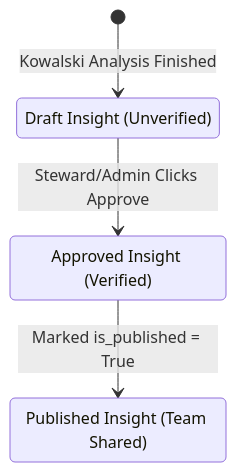
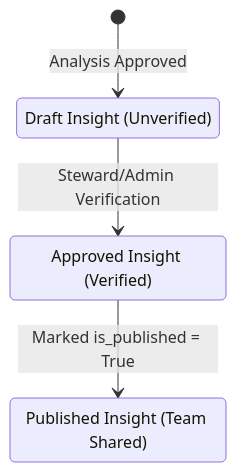
The diagram in docs-site/docs/insights.md (852-Lab/jimwurst), drawn with Mermaid before and after one commit. The commit also changed other lines of this file and 5 other files, not shown here.

````diff
--- a/docs-site/docs/insights.md
+++ b/docs-site/docs/insights.md
@@ -28,10 +10,10 @@
 ```mermaid
 stateDiagram-v2
     Draft: Draft Insight (Unverified)
     Verified: Approved Insight (Verified)
     Published: Published Insight (Team Shared)
     
-    [*] --> Draft : Kowalski Analysis Finished
-    Draft --> Verified : Steward/Admin Clicks Approve
+    [*] --> Draft : Analysis Approved
+    Draft --> Verified : Steward/Admin Verification
     Verified --> Published : Marked is_published = True
 ```
````
